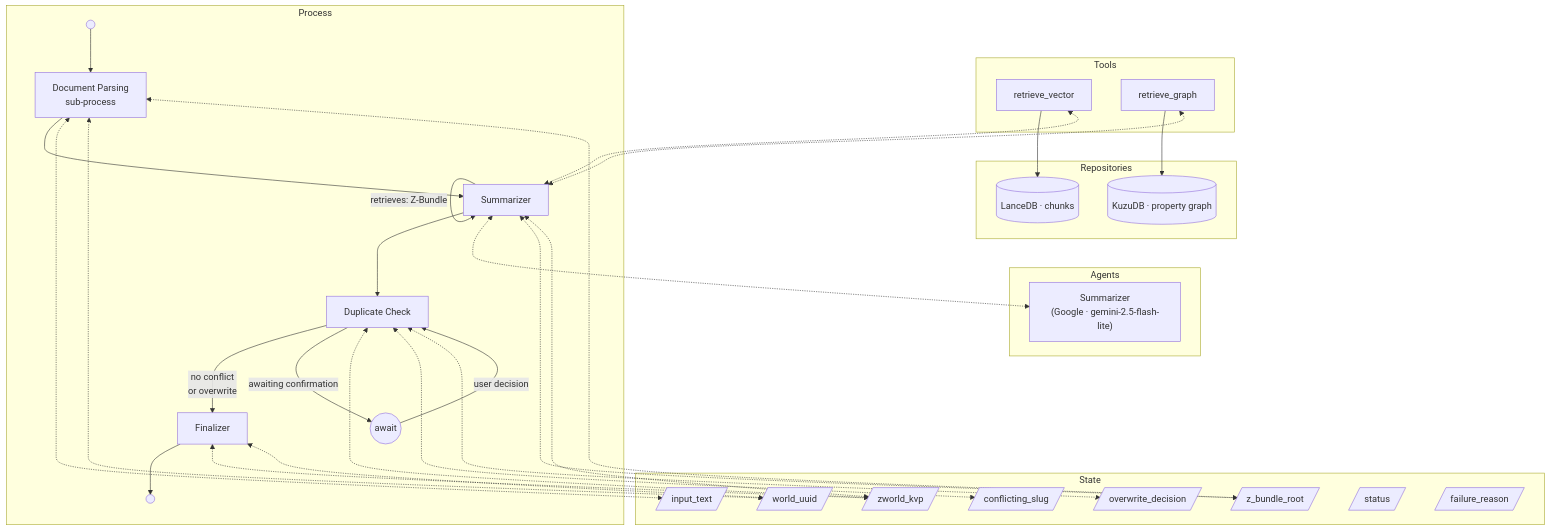
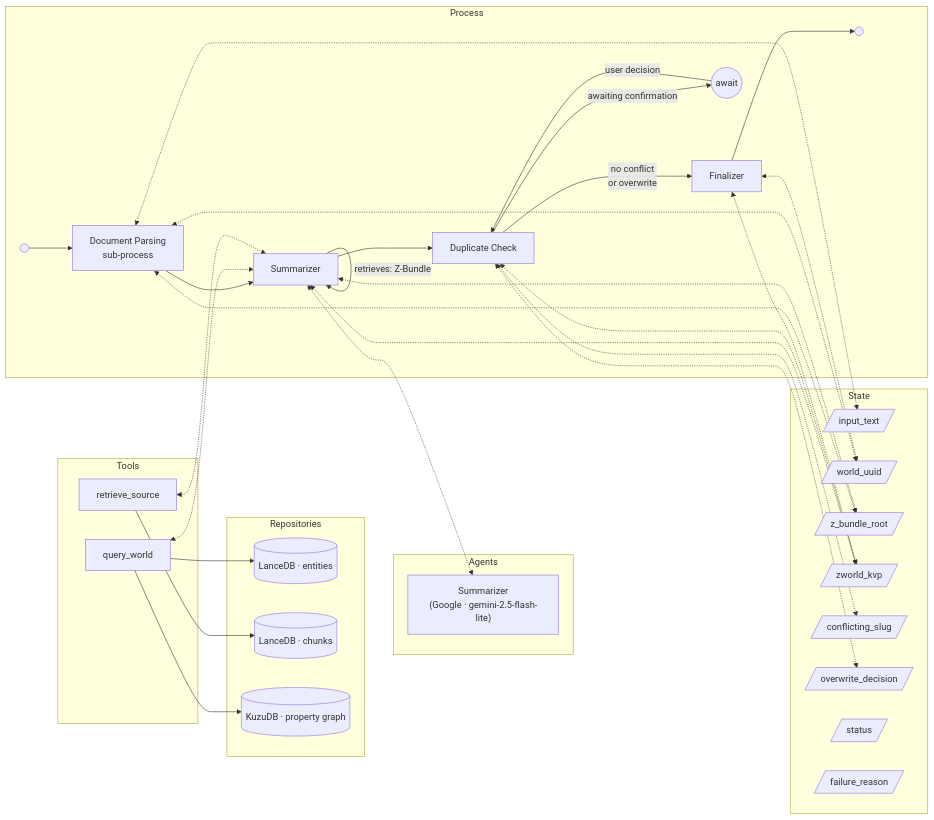
One commit to peterbaileyct/zforge changed the diagram in docs/World Generation.md. Above: the diagram before and after it, drawn with Mermaid. The commit also changed other lines of this file and 39 other files, not shown here.

Commit message:
Rewrote world generation to use a much more detailed ontology for the graph and much more precise chunking, and generated summaries, for the vector. Massive rewrite of UI code incorporating best practices for Flet and static analysis to find errors before runtime.

````diff
--- a/docs/World Generation.md
+++ b/docs/World Generation.md
@@ -4,52 +4,54 @@
 ```mermaid
-flowchart TD
+flowchart LR
     subgraph Agents
         A_summarizer["Summarizer\n(Google · gemini-2.5-flash-lite)"]
     end
 
     subgraph State
         S_input_text[/"input_text"/]
         S_world_uuid[/"world_uuid"/]
         S_z_bundle_root[/"z_bundle_root"/]
         S_zworld_kvp[/"zworld_kvp"/]
         S_conflicting_slug[/"conflicting_slug"/]
         S_overwrite_decision[/"overwrite_decision"/]
         S_status[/"status"/]
         S_failure_reason[/"failure_reason"/]
     end
 
     subgraph Repositories
-        R_vector[(LanceDB · chunks)]
+        R_entities[(LanceDB · entities)]
+        R_chunks[(LanceDB · chunks)]
         R_graph[(KuzuDB · property graph)]
     end
 
     subgraph Tools
-        T_vec_retriever[retrieve_vector] --> R_vector
-        T_graph_retriever[retrieve_graph] --> R_graph
+        T_query_world[query_world] --> R_entities
+        T_query_world --> R_graph
+        T_retrieve_source[retrieve_source] --> R_chunks
     end
 
     subgraph Process
         P_start(( )) --> P_doc_parsing["Document Parsing\nsub-process"]
         P_doc_parsing --> P_summarizer[Summarizer]
         P_summarizer -->|"retrieves: Z-Bundle"| P_summarizer
         P_summarizer --> P_dup_check[Duplicate Check]
         P_dup_check -->|"no conflict\nor overwrite"| P_finalizer[Finalizer]
         P_dup_check -->|"awaiting confirmation"| P_stop_await((await))
         P_stop_await -->|"user decision"| P_dup_check
         P_finalizer --> P_stop(( ))
     end
 
     P_doc_parsing <-.-> S_input_text
     P_doc_parsing <-.-> S_world_uuid
     P_doc_parsing <-.-> S_z_bundle_root
     P_summarizer <-.-> A_summarizer
     P_summarizer <-.-> S_z_bundle_root
     P_summarizer <-.-> S_zworld_kvp
     P_dup_check <-.-> S_zworld_kvp
     P_dup_check <-.-> S_conflicting_slug
     P_dup_check <-.-> S_overwrite_decision
     P_finalizer <-.-> S_zworld_kvp
     P_finalizer <-.-> S_world_uuid
-    T_vec_retriever <-.-> P_summarizer
-    T_graph_retriever <-.-> P_summarizer
+    T_query_world <-.-> P_summarizer
+    T_retrieve_source <-.-> P_summarizer
 ```
````
